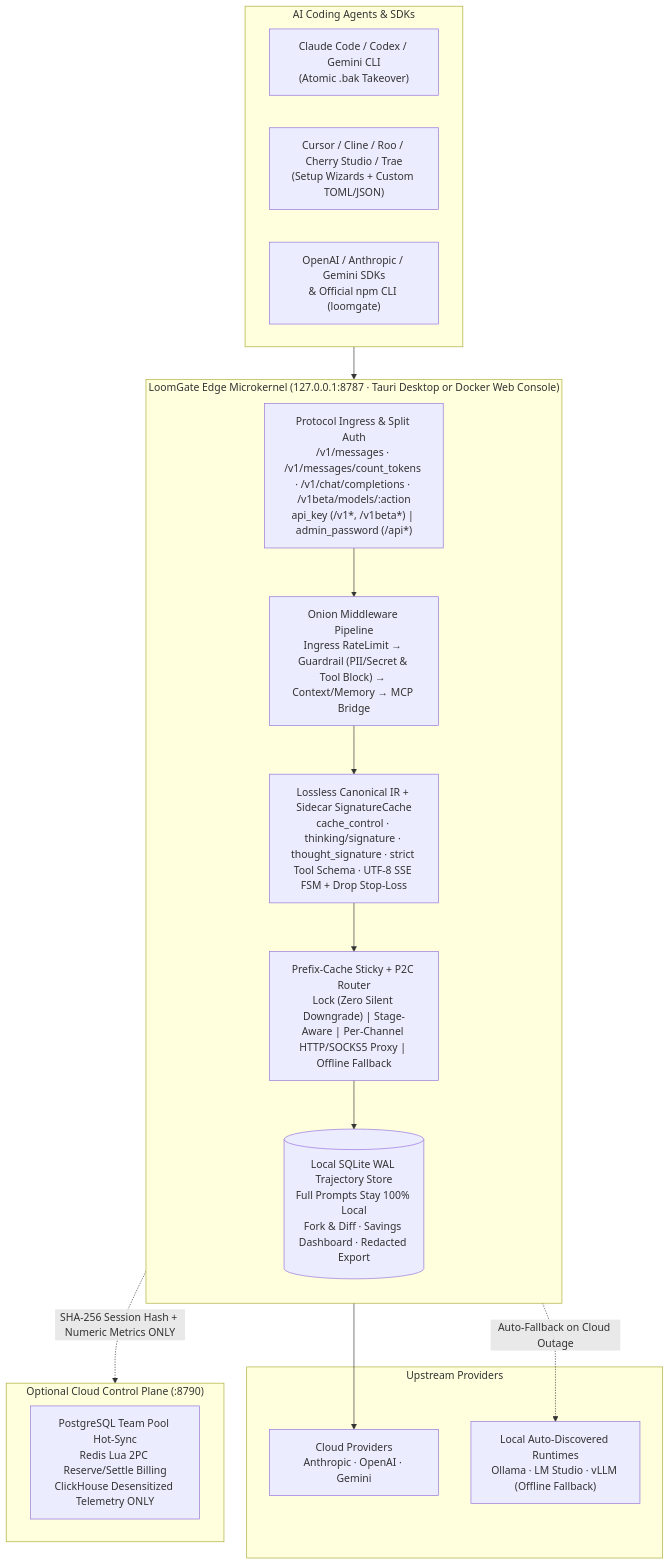
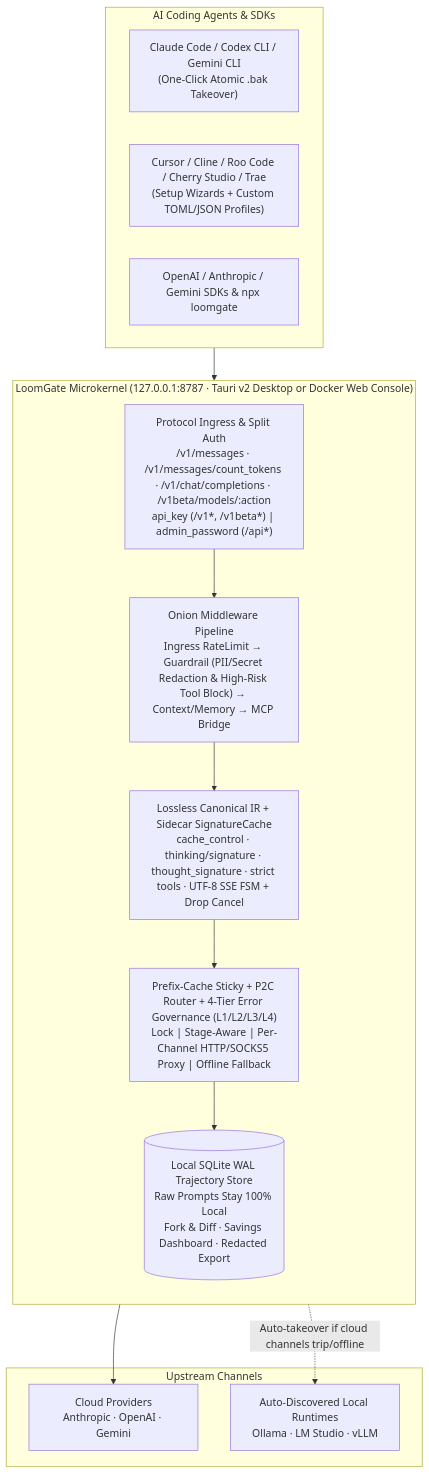
One commit to yangdw2024/LoomGate changed the diagram in README.md. Above: the diagram before and after it, drawn with Mermaid. The commit also changed other lines of this file and 5 other files, not shown here.

Commit message:
docs: cold-start launch overhaul — Hero Trajectory Fork/Diff & Studio screenshots, Why LoomGate comparison, 5-min Quick Start & verified benchmarks

````diff
--- a/README.md
+++ b/README.md
@@ -28,33 +47,27 @@
 ```mermaid
 flowchart TB
-    subgraph Clients["AI Coding Agents & SDKs"]
-        C1["Claude Code / Codex / Gemini CLI<br/>(Atomic .bak Takeover)"]
-        C2["Cursor / Cline / Roo / Cherry Studio / Trae<br/>(Setup Wizards + Custom TOML/JSON)"]
-        C3["OpenAI / Anthropic / Gemini SDKs<br/>& Official npm CLI (loomgate)"]
+    subgraph Agents["AI Coding Agents & SDKs"]
+        A1["Claude Code / Codex CLI / Gemini CLI<br/>(One-Click Atomic .bak Takeover)"]
+        A2["Cursor / Cline / Roo Code / Cherry Studio / Trae<br/>(Setup Wizards + Custom TOML/JSON Profiles)"]
+        A3["OpenAI / Anthropic / Gemini SDKs & npx loomgate"]
     end
 
-    subgraph Edge["LoomGate Edge Microkernel (127.0.0.1:8787 · Tauri Desktop or Docker Web Console)"]
+    subgraph Kernel["LoomGate Microkernel (127.0.0.1:8787 · Tauri v2 Desktop or Docker Web Console)"]
         direction TB
-        API["Protocol Ingress & Split Auth<br/>/v1/messages · /v1/messages/count_tokens · /v1/chat/completions · /v1beta/models/:action<br/>api_key (/v1*, /v1beta*) | admin_password (/api*)"]
-        MW["Onion Middleware Pipeline<br/>Ingress RateLimit → Guardrail (PII/Secret & Tool Block) → Context/Memory → MCP Bridge"]
-        IR["Lossless Canonical IR + Sidecar SignatureCache<br/>cache_control · thinking/signature · thought_signature · strict Tool Schema · UTF-8 SSE FSM + Drop Stop-Loss"]
-        RTR["Prefix-Cache Sticky + P2C Router<br/>Lock (Zero Silent Downgrade) | Stage-Aware | Per-Channel HTTP/SOCKS5 Proxy | Offline Fallback"]
-        DB[("Local SQLite WAL Trajectory Store<br/>Full Prompts Stay 100% Local<br/>Fork & Diff · Savings Dashboard · Redacted Export")]
-        API --> MW --> IR --> RTR
-        RTR --> DB
+        IN["Protocol Ingress & Split Auth<br/>/v1/messages · /v1/messages/count_tokens · /v1/chat/completions · /v1beta/models/:action<br/>api_key (/v1*, /v1beta*) | admin_password (/api*)"]
+        MW["Onion Middleware Pipeline<br/>Ingress RateLimit → Guardrail (PII/Secret Redaction & High-Risk Tool Block) → Context/Memory → MCP Bridge"]
+        IR["Lossless Canonical IR + Sidecar SignatureCache<br/>cache_control · thinking/signature · thought_signature · strict tools · UTF-8 SSE FSM + Drop Cancel"]
+        RT["Prefix-Cache Sticky + P2C Router + 4-Tier Error Governance (L1/L2/L3/L4)<br/>Lock | Stage-Aware | Per-Channel HTTP/SOCKS5 Proxy | Offline Fallback"]
+        SQL[("Local SQLite WAL Trajectory Store<br/>Raw Prompts Stay 100% Local<br/>Fork & Diff · Savings Dashboard · Redacted Export")]
+        IN --> MW --> IR --> RT --> SQL
     end
 
-    subgraph Upstreams["Upstream Providers"]
+    subgraph Upstreams["Upstream Channels"]
         U1["Cloud Providers<br/>Anthropic · OpenAI · Gemini"]
-        U2["Local Auto-Discovered Runtimes<br/>Ollama · LM Studio · vLLM (Offline Fallback)"]
+        U2["Auto-Discovered Local Runtimes<br/>Ollama · LM Studio · vLLM"]
     end
 
-    subgraph Cloud["Optional Cloud Control Plane (:8790)"]
-        CP["PostgreSQL Team Pool Hot-Sync<br/>Redis Lua 2PC Reserve/Settle Billing<br/>ClickHouse Desensitized Telemetry ONLY"]
-    end
-
-    Clients --> API
-    RTR --> U1
-    RTR -. "Auto-Fallback on Cloud Outage" .-> U2
-    Edge -. "SHA-256 Session Hash + Numeric Metrics ONLY" .-> Cloud
+    Agents --> IN
+    RT --> U1
+    RT -. "Auto-takeover if cloud channels trip/offline" .-> U2
 ```
````
